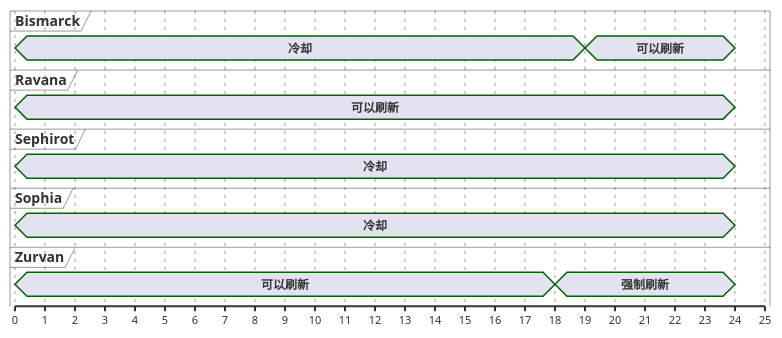
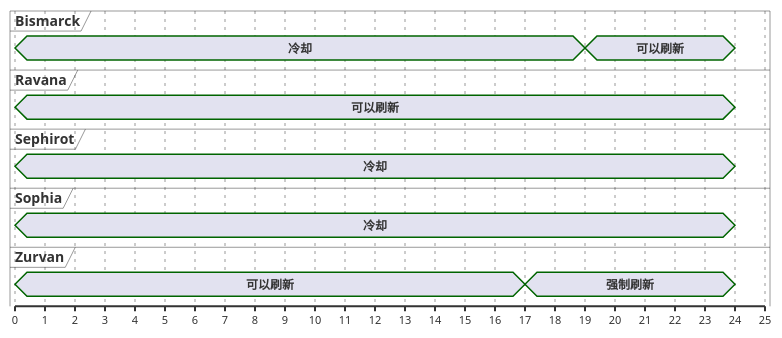
Diagram 13 of 13 in ffxiv/hunt/3.0/kaiser-behemoth.md (Eroleice/doc-pi), drawn with PlantUML before and after one commit. The commit also changed other lines of this file and 38 other files, not shown here.

````diff
--- a/ffxiv/hunt/3.0/kaiser-behemoth.md
+++ b/ffxiv/hunt/3.0/kaiser-behemoth.md
@@ -658,34 +657,34 @@
 ```plantuml
 @startuml
 scale 1 as 30 pixels
 
 concise Bismarck
 concise Ravana
 concise Sephirot
 concise Sophia
 concise Zurvan
 
 @Zurvan
 0 is 可以刷新
-18 is 强制刷新
+17 is 强制刷新
 24 is {hidden}
 
 @Ravana
 0 is 可以刷新
 24 is {hidden}
 
 @Bismarck
 0 is 冷却
 19 is 可以刷新
 24 is {hidden}
 
 @Sephirot
 0 is 冷却
 24 is {hidden}
 
 @Sophia
 0 is 冷却
 24 is {hidden}
 
 @enduml
 ```
````
